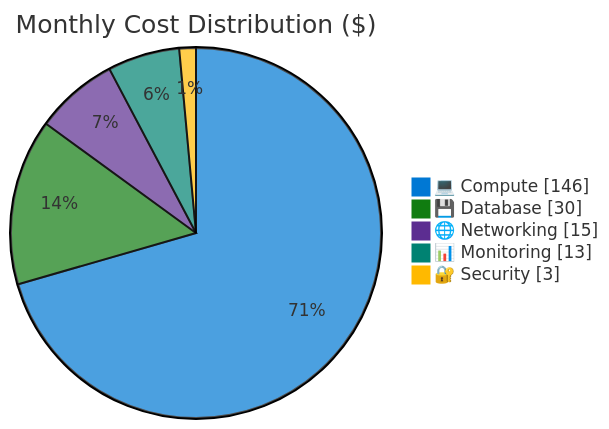
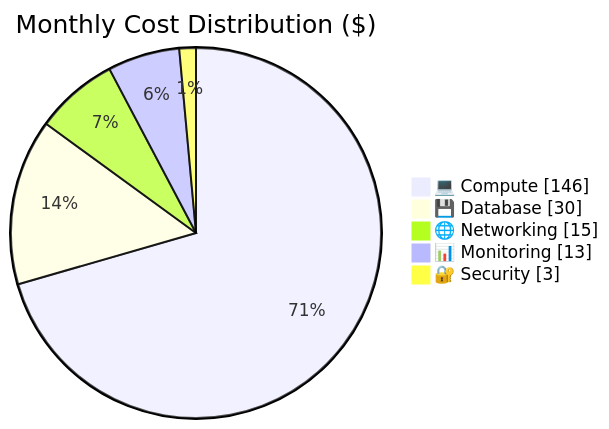
One commit to SmitaCnovate/azure-agentic-infraops changed the diagram in scenarios/scenario-output/contoso-patient-portal/contoso-cost-estimate.md. Above: the diagram before and after it, drawn with Mermaid. The commit also changed other lines of this file and 8 other files, not shown here.

````diff
--- a/scenarios/scenario-output/contoso-patient-portal/contoso-cost-estimate.md
+++ b/scenarios/scenario-output/contoso-patient-portal/contoso-cost-estimate.md
@@ -67,10 +86,10 @@
 ```mermaid
-%%{init: {'theme':'base', 'themeVariables': {'pie1': '#0078D4', 'pie2': '#107C10', 'pie3': '#5C2D91', 'pie4': '#008272', 'pie5': '#FFB900'}}}%%
+%%{init: {'theme':'base','themeVariables':{pie1:'#0078D4',pie2:'#107C10',pie3:'#5C2D91',pie4:'#D83B01',pie5:'#FFB900'}}}%%
 pie showData
     title Monthly Cost Distribution ($)
     "💻 Compute" : 146
     "💾 Database" : 30
     "🌐 Networking" : 15
     "📊 Monitoring" : 13
     "🔐 Security" : 3
 ```
````
